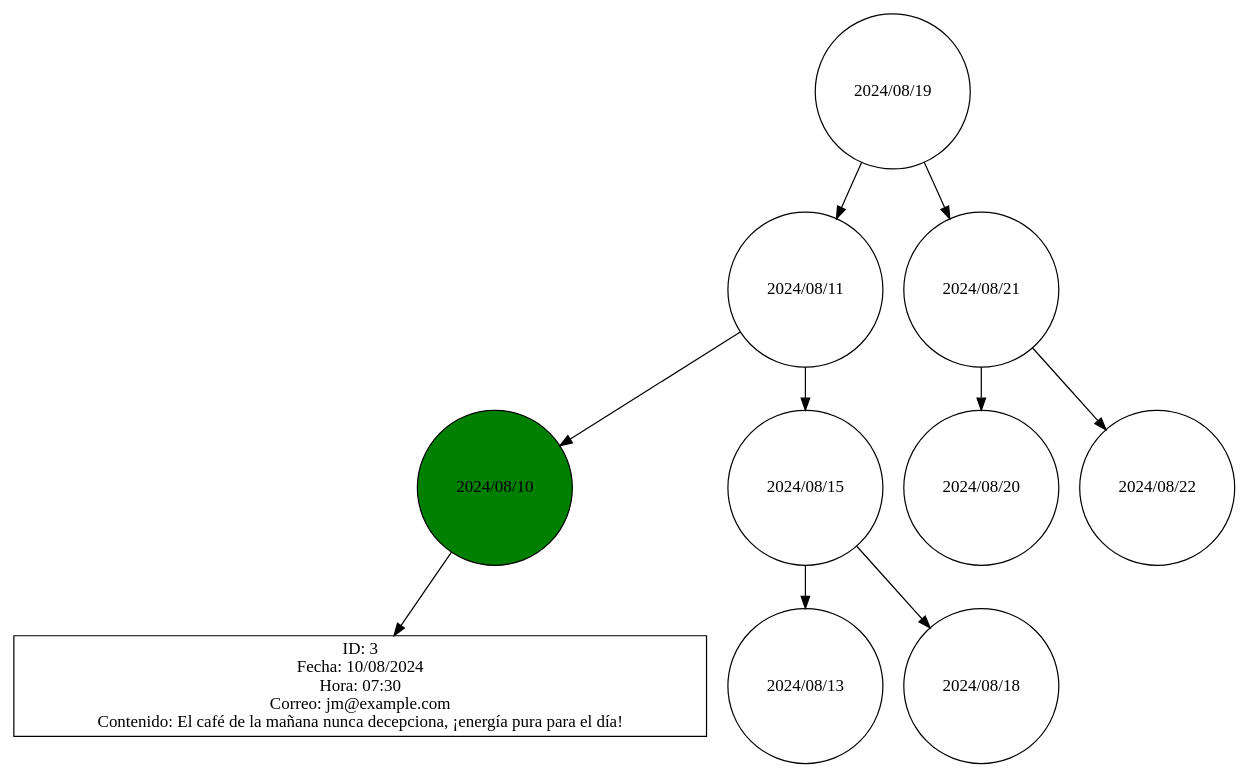
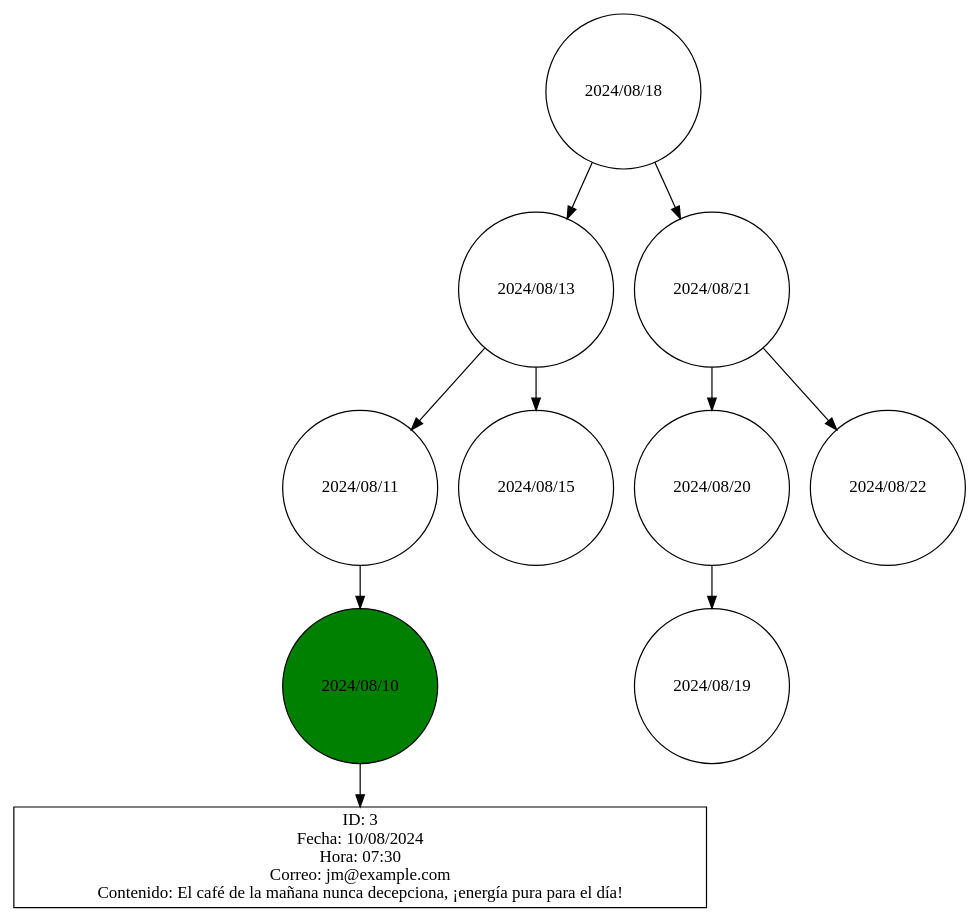
Before and after one commit to Kevin-alvarez1/PROYECTO_MULTIFASES_RED_SOCIAL: the diagram in Fase3/main/build/Desktop_Qt_6_7_2_MinGW_64_bit-Debug/ArbolBB.dot, drawn with Graphviz. The commit also changed 42 other files, not shown here.

```diff
--- a/Fase3/main/build/Desktop_Qt_6_7_2_MinGW_64_bit-Debug/ArbolBB.dot
+++ b/Fase3/main/build/Desktop_Qt_6_7_2_MinGW_64_bit-Debug/ArbolBB.dot
@@ -1,14 +1,14 @@
 digraph BSTTree {
 node [shape=circle];
-"2024/08/19" -> "2024/08/11";
+"2024/08/18" -> "2024/08/13";
+"2024/08/13" -> "2024/08/11";
 "2024/08/11" -> "2024/08/10";
 "2024/08/10" [style=filled, fillcolor=green];
 "pub_3" [shape=rectangle, label="ID: 3\nFecha: 10/08/2024\nHora: 07:30\nCorreo: jm@example.com\nContenido: El café de la mañana nunca decepciona, ¡energía pura para el día!"];
 "2024/08/10" -> "pub_3";
-"2024/08/11" -> "2024/08/15";
-"2024/08/15" -> "2024/08/13";
-"2024/08/15" -> "2024/08/18";
-"2024/08/19" -> "2024/08/21";
+"2024/08/13" -> "2024/08/15";
+"2024/08/18" -> "2024/08/21";
 "2024/08/21" -> "2024/08/20";
+"2024/08/20" -> "2024/08/19";
 "2024/08/21" -> "2024/08/22";
 }
```
